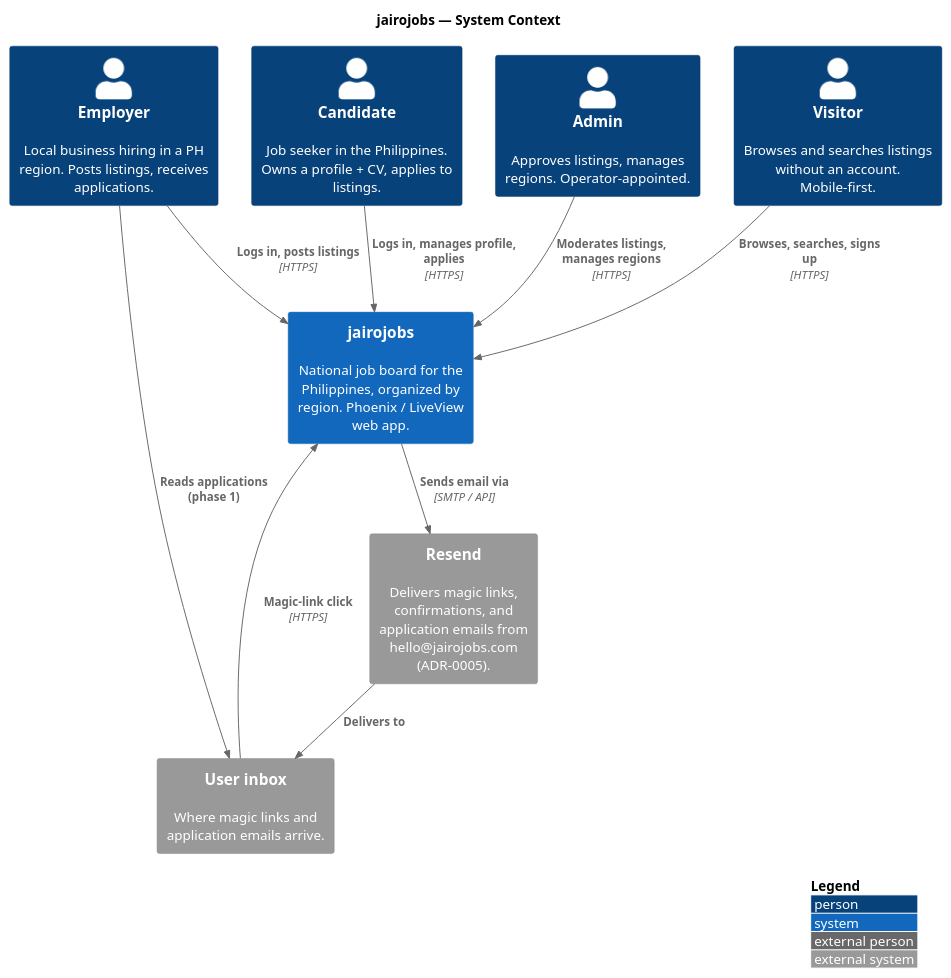
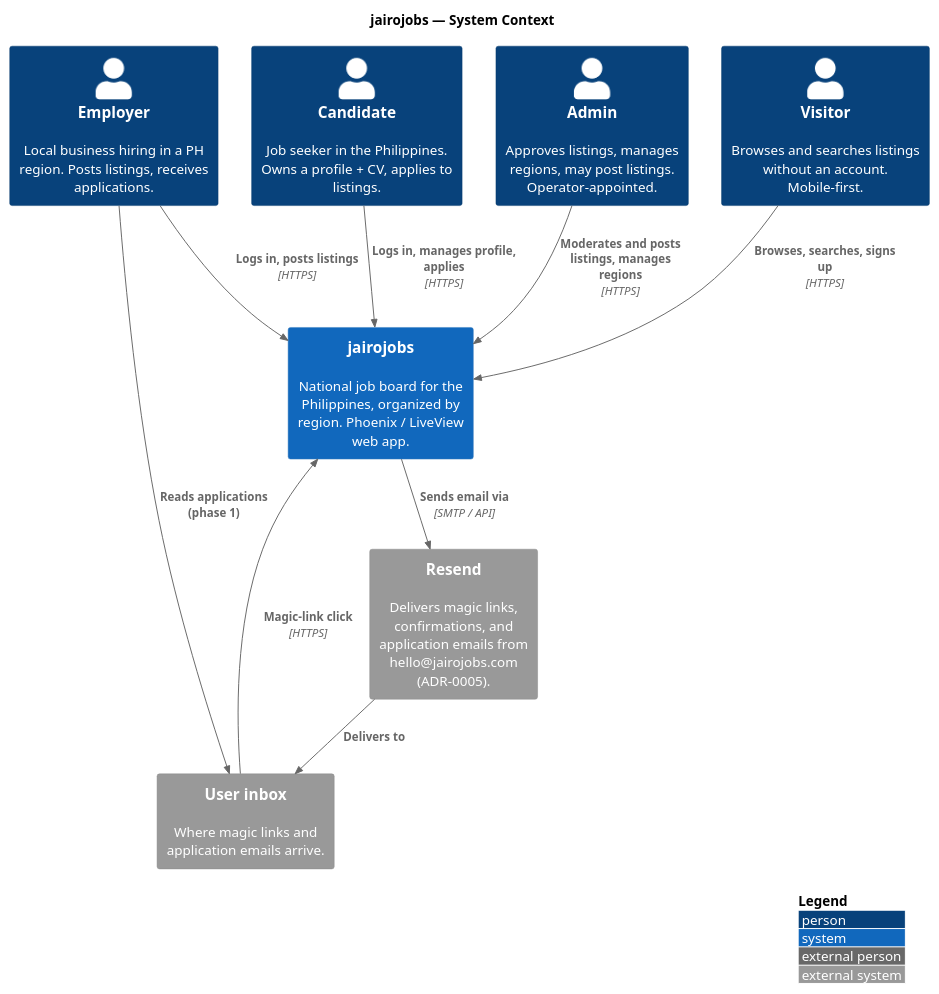
One commit to raseniero/jairojobs-elixir changed the diagram in docs/architecture/diagrams/src/c4-context-system.puml. Above: the diagram before and after it, drawn with PlantUML. The commit also changed 21 other files, not shown here.

Commit message:
docs: consistency pass after spec 003 review (specs 000 and 003, architecture, constitution examples)

```diff
--- a/docs/architecture/diagrams/src/c4-context-system.puml
+++ b/docs/architecture/diagrams/src/c4-context-system.puml
@@ -1,30 +1,30 @@
 @startuml c4-context-system
 ' C4 Level 1 — System Context. Who uses jairojobs and what it talks to.
 ' Source of truth: docs/specs/000-product-overview/spec.md
 !include <C4/C4_Context>
 
 LAYOUT_WITH_LEGEND()
 
 title jairojobs — System Context
 
 Person(visitor, "Visitor", "Browses and searches listings without an account. Mobile-first.")
 Person(candidate, "Candidate", "Job seeker in the Philippines. Owns a profile + CV, applies to listings.")
 Person(employer, "Employer", "Local business hiring in a PH region. Posts listings, receives applications.")
-Person(admin, "Admin", "Approves listings, manages regions. Operator-appointed.")
+Person(admin, "Admin", "Approves listings, manages regions, may post listings. Operator-appointed.")
 
 System(jairojobs, "jairojobs", "National job board for the Philippines, organized by region. Phoenix / LiveView web app.")
 
 System_Ext(email, "Resend", "Delivers magic links, confirmations, and application emails from hello@jairojobs.com (ADR-0005).")
 System_Ext(inbox, "User inbox", "Where magic links and application emails arrive.")
 
 Rel(visitor, jairojobs, "Browses, searches, signs up", "HTTPS")
 Rel(candidate, jairojobs, "Logs in, manages profile, applies", "HTTPS")
 Rel(employer, jairojobs, "Logs in, posts listings", "HTTPS")
-Rel(admin, jairojobs, "Moderates listings, manages regions", "HTTPS")
+Rel(admin, jairojobs, "Moderates and posts listings, manages regions", "HTTPS")
 
 Rel(jairojobs, email, "Sends email via", "SMTP / API")
 Rel(email, inbox, "Delivers to")
 Rel(inbox, jairojobs, "Magic-link click", "HTTPS")
 Rel(employer, inbox, "Reads applications (phase 1)")
 
 @enduml
```
